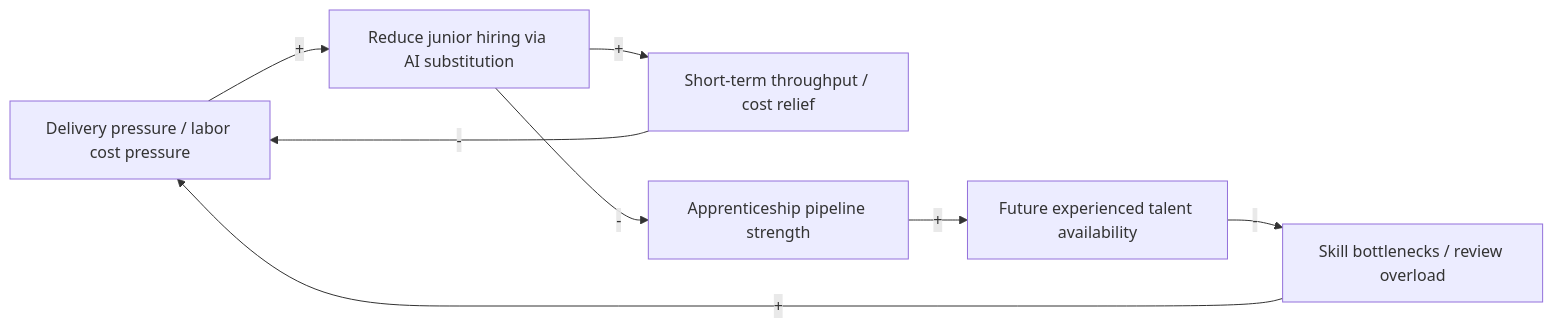
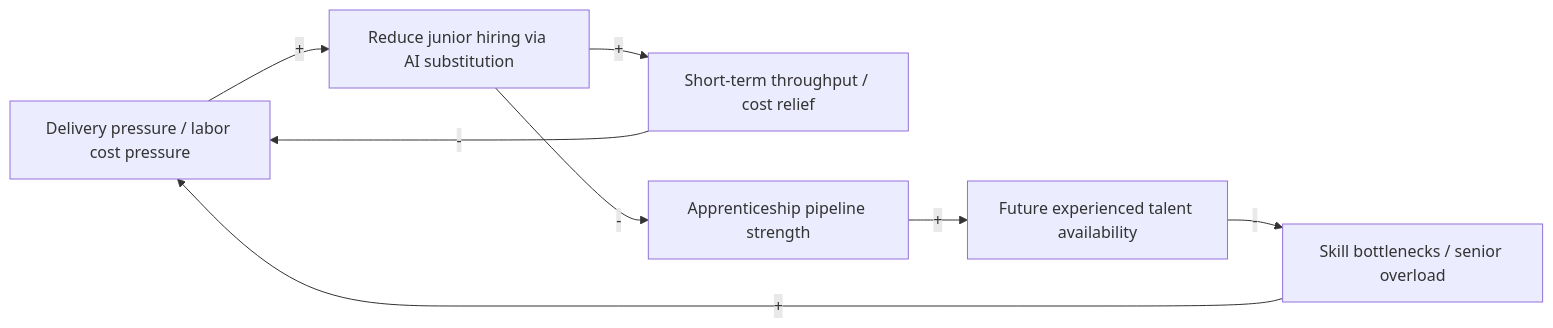
The fifth of 6 diagrams in _posts/2026-04-28-ai-talent-crisis.md (zbalkan/zbalkan.github.io), drawn with Mermaid before and after one commit. The commit also changed other lines of this file, not shown here.

````diff
--- a/_posts/2026-04-28-ai-talent-crisis.md
+++ b/_posts/2026-04-28-ai-talent-crisis.md
@@ -84,11 +112,11 @@
 ```mermaid
 flowchart LR
     PROBLEM["Delivery pressure / labor cost pressure"] -->|+| FIX["Reduce junior hiring via AI substitution"]
     FIX -->|+| RELIEF["Short-term throughput / cost relief"]
     RELIEF -->|-| PROBLEM
 
     FIX -->|-| PIPE["Apprenticeship pipeline strength"]
     PIPE -->|+| TALENT["Future experienced talent availability"]
-    TALENT -->|-| BOTTLENECK["Skill bottlenecks / review overload"]
+    TALENT -->|-| BOTTLENECK["Skill bottlenecks / senior overload"]
     BOTTLENECK -->|+| PROBLEM
 ```
````
